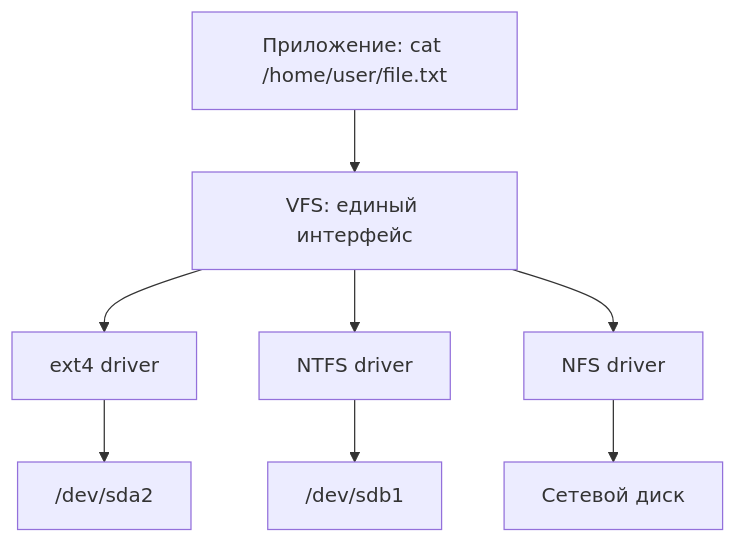
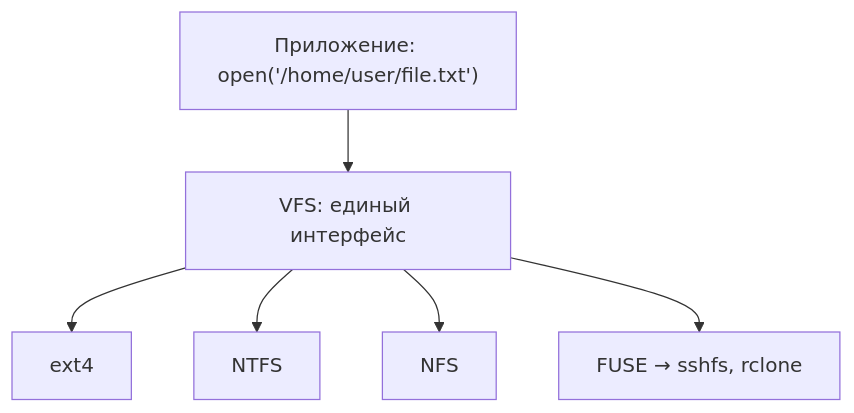
One commit to lscode-me/fb changed the second of 3 diagrams in docs/chapters/ch5/34-architecture.md. Above: the diagram before and after it, drawn with Mermaid. The commit also changed other lines of this file and 4 other files, not shown here.

First line of the commit message:
refactor(ch5): redistribute 34-architecture content to 35, 36

````diff
--- a/docs/chapters/ch5/34-architecture.md
+++ b/docs/chapters/ch5/34-architecture.md
@@ -1133,17 +781,15 @@
 ```mermaid
 graph TB
-    App["Приложение: cat /home/user/file.txt"]
+    App["Приложение: open('/home/user/file.txt')"]
     VFS["VFS: единый интерфейс"]
-    ext4["ext4 driver"]
-    ntfs["NTFS driver"]
-    nfs["NFS driver"]
+    ext4["ext4"]
+    ntfs["NTFS"]
+    nfs["NFS"]
+    fuse["FUSE → sshfs, rclone"]
     
     App --> VFS
     VFS --> ext4
     VFS --> ntfs
     VFS --> nfs
-    
-    ext4 --> disk1["/dev/sda2"]
-    ntfs --> disk2["/dev/sdb1"]
-    nfs --> network["Сетевой диск"]
+    VFS --> fuse
 ```
````
